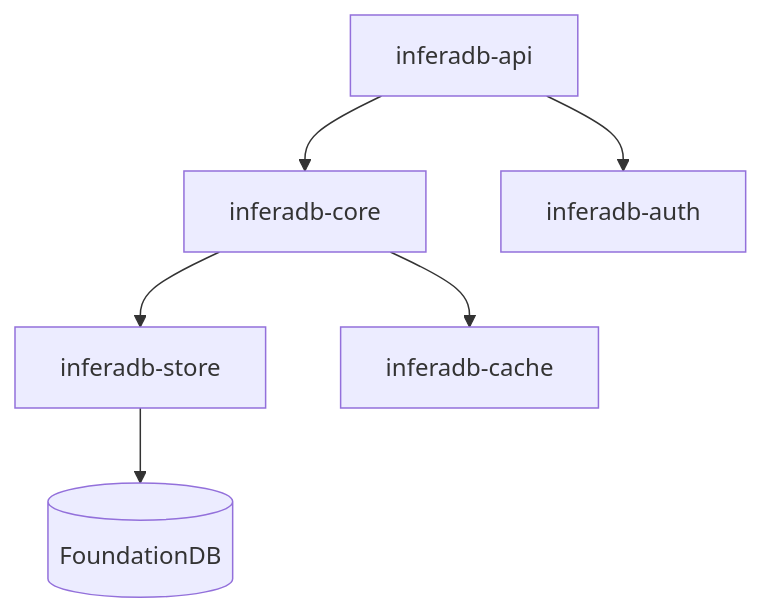
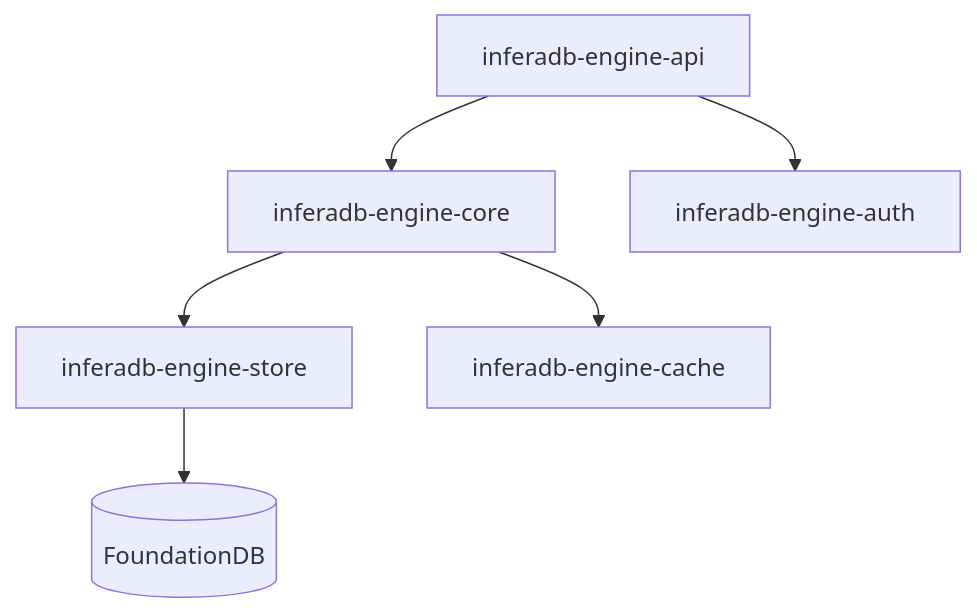
The diagram in README.md (inferadb/engine), drawn with Mermaid before and after one commit. The commit also changed other lines of this file and 464 other files, not shown here.

````diff
--- a/README.md
+++ b/README.md
@@ -55,8 +55,8 @@
 ```mermaid
 graph TD
-    API[inferadb-api] --> Core[inferadb-core]
-    API --> Auth[inferadb-auth]
-    Core --> Store[inferadb-store]
-    Core --> Cache[inferadb-cache]
+    API[inferadb-engine-api] --> Core[inferadb-engine-core]
+    API --> Auth[inferadb-engine-auth]
+    Core --> Store[inferadb-engine-store]
+    Core --> Cache[inferadb-engine-cache]
     Store --> FDB[(FoundationDB)]
 ```
````
